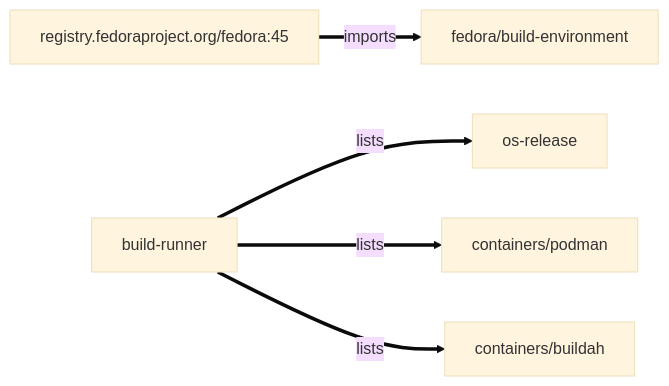
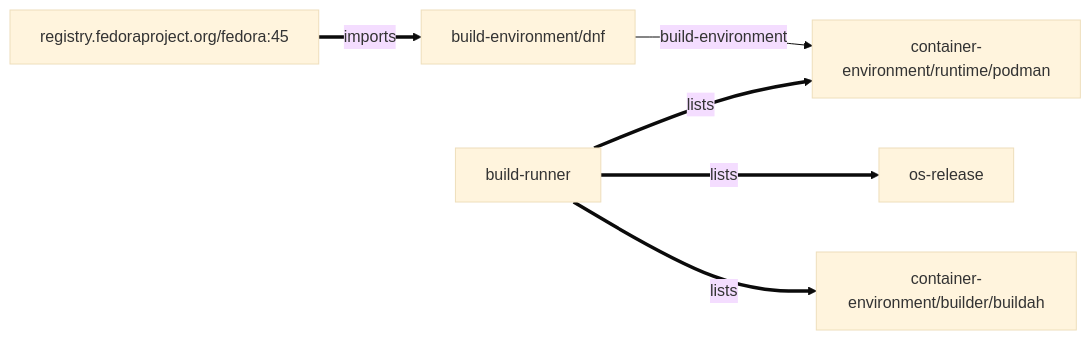
One commit to buildc-org/library changed the diagram in runner-images/generated/build-runner/graph.md. Above: the diagram before and after it, drawn with Mermaid (base theme). The commit also changed other lines of this file and 249 other files, not shown here.

````diff
--- a/runner-images/generated/build-runner/graph.md
+++ b/runner-images/generated/build-runner/graph.md
@@ -10,13 +10,14 @@
 ```mermaid
 graph LR
     base["registry.fedoraproject.org/fedora:45"]
-    m0["fedora/build-environment"]
+    m0["build-environment/dnf"]
     m1["os-release"]
-    m2["containers/podman"]
-    m3["containers/buildah"]
+    m2["container-environment/runtime/podman"]
+    m3["container-environment/builder/buildah"]
     m4["build-runner"]
+    m0 -->|"build-environment"| m2
     base ==>|"imports"| m0
     m4 ==>|"lists"| m1
     m4 ==>|"lists"| m2
     m4 ==>|"lists"| m3
 ```
````
